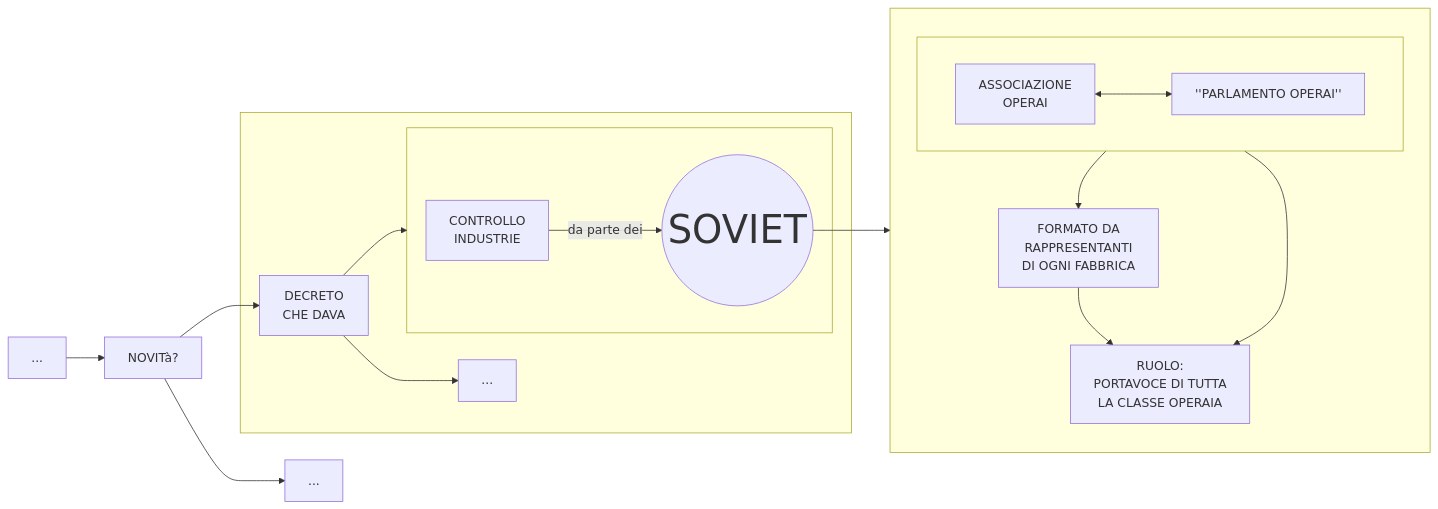
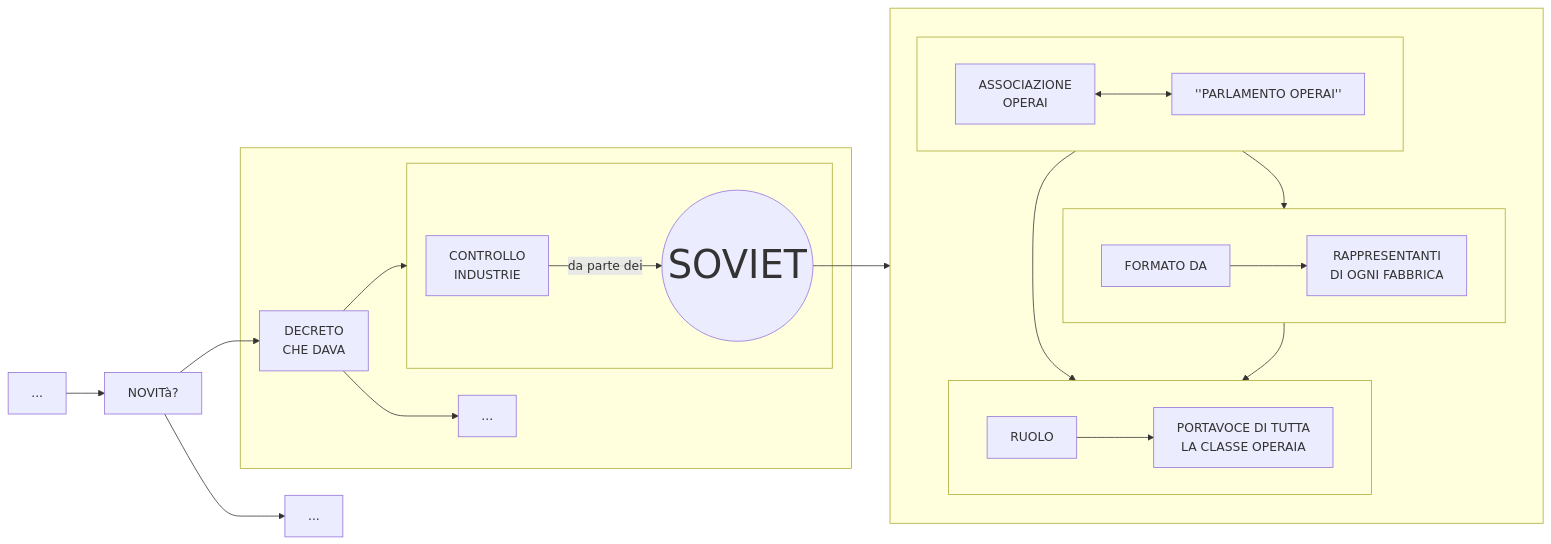
Before and after one commit to Laaouatni/ricerca-storia-MermaidJS: the third of 3 diagrams in stalinismo.md, drawn with Mermaid.

````diff
--- a/stalinismo.md
+++ b/stalinismo.md
@@ -77,30 +77,38 @@
 ```mermaid
 flowchart LR
     0[...] 
     01[NOVITà?]
     subgraph 013[" "]
         010[DECRETO <br> CHE DAVA]
         011[...]
         subgraph 012[" "]
             0120[CONTROLLO<br>INDUSTRIE]
             style 01200 font-size:50px;
             01200((SOVIET))
             0120 -->|da parte dei| 01200
         end
         010 --> 011 & 012
     end
     014[...]
     subgraph 05[" "]
         subgraph 02[" "]
             020[ASSOCIAZIONE <br> OPERAI]
             021["''PARLAMENTO OPERAI''"]
             020 <-->021
         end
-        03[FORMATO DA <br> RAPPRESENTANTI <BR> DI OGNI FABBRICA]
-        04[RUOLO: <BR> PORTAVOCE DI TUTTA <BR> LA CLASSE OPERAIA]
+        subgraph 03[" "]
+            030[FORMATO DA]
+            0300[RAPPRESENTANTI <BR> DI OGNI FABBRICA]
+            030 --> 0300
+        end
+        subgraph 04[" "]
+            040[RUOLO]
+            0400[PORTAVOCE DI TUTTA <BR> LA CLASSE OPERAIA]
+            040 --> 0400
+        end
     end
     02 --> 03 & 04
     03 --> 04
     01200 --> 05
     0 --> 01 --> 010 & 014
 ```
````
